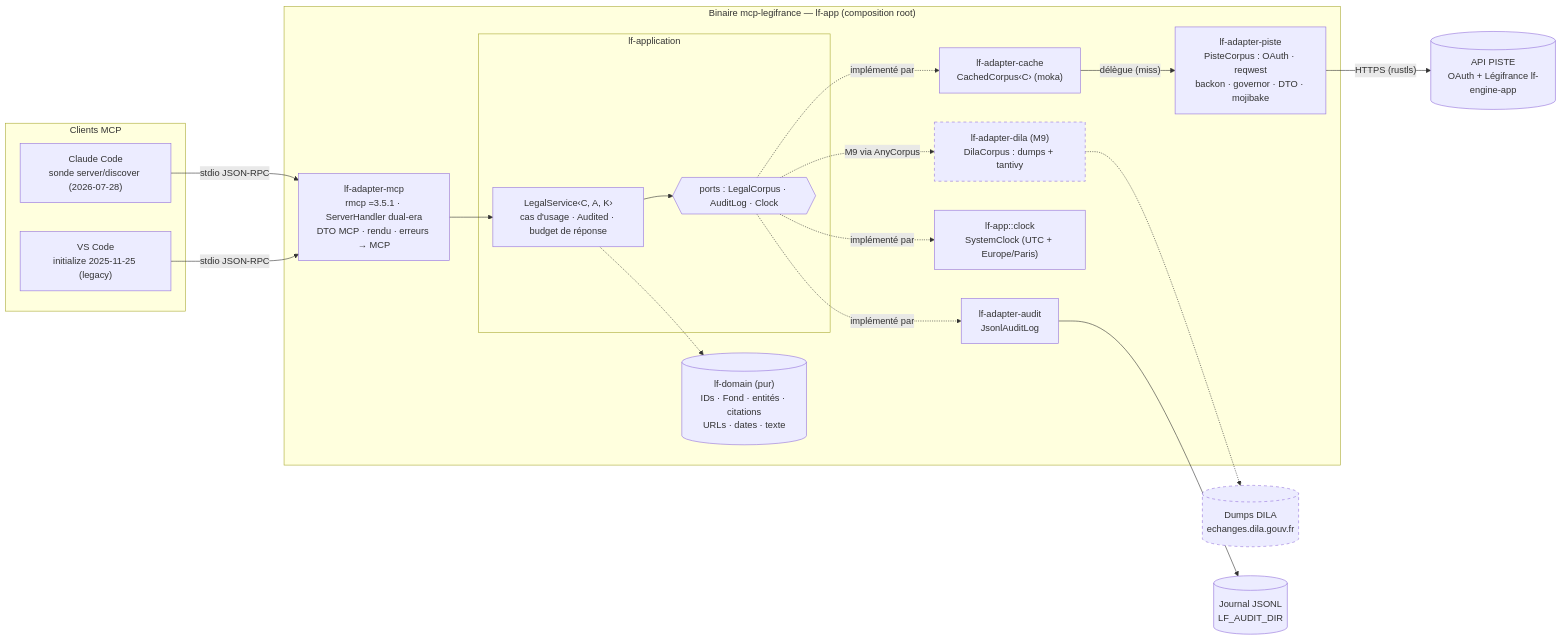
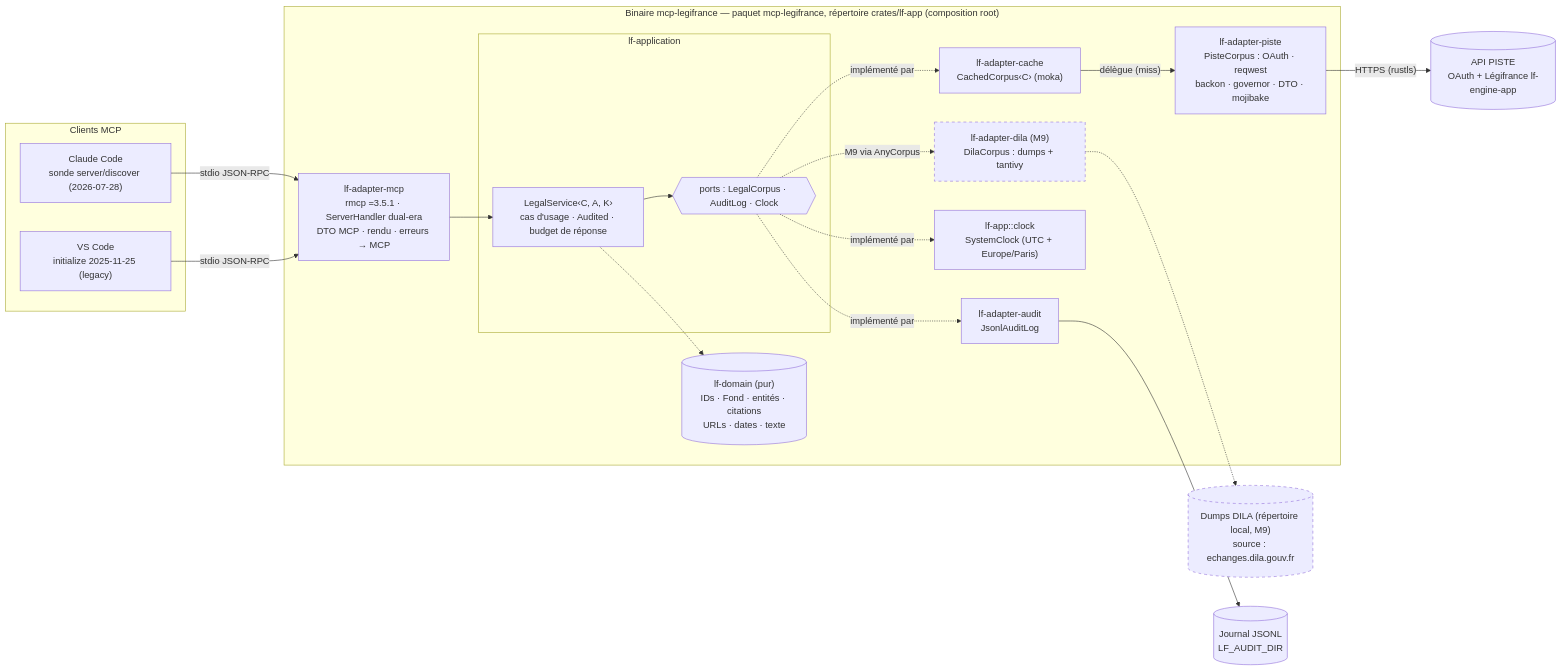
One commit to muchiny/mcp-legifrance changed the first of 3 diagrams in docs/plan/02-architecture.md. Above: the diagram before and after it, drawn with Mermaid. The commit also changed other lines of this file and 29 other files, not shown here.

````diff
--- a/docs/plan/02-architecture.md
+++ b/docs/plan/02-architecture.md
@@ -37,42 +39,42 @@
 ```mermaid
 flowchart LR
   subgraph clients["Clients MCP"]
     CC["Claude Code<br/>sonde server/discover (2026-07-28)"]
     VS["VS Code<br/>initialize 2025-11-25 (legacy)"]
   end
 
-  subgraph bin["Binaire mcp-legifrance — lf-app (composition root)"]
+  subgraph bin["Binaire mcp-legifrance — paquet mcp-legifrance, répertoire crates/lf-app (composition root)"]
     MCP["lf-adapter-mcp<br/>rmcp =3.5.1 · ServerHandler dual-era<br/>DTO MCP · rendu · erreurs → MCP"]
     subgraph appl["lf-application"]
       SVC["LegalService‹C, A, K›<br/>cas d'usage · Audited · budget de réponse"]
       PORTS{{"ports : LegalCorpus · AuditLog · Clock"}}
     end
     DOM[("lf-domain (pur)<br/>IDs · Fond · entités · citations<br/>URLs · dates · texte")]
     CACHE["lf-adapter-cache<br/>CachedCorpus‹C› (moka)"]
     PISTE["lf-adapter-piste<br/>PisteCorpus : OAuth · reqwest<br/>backon · governor · DTO · mojibake"]
     AUDIT["lf-adapter-audit<br/>JsonlAuditLog"]
     CLK["lf-app::clock<br/>SystemClock (UTC + Europe/Paris)"]
     DILA["lf-adapter-dila (M9)<br/>DilaCorpus : dumps + tantivy"]
   end
 
   API[("API PISTE<br/>OAuth + Légifrance lf-engine-app")]
-  DUMPS[("Dumps DILA<br/>echanges.dila.gouv.fr")]
+  DUMPS[("Dumps DILA (répertoire local, M9)<br/>source : echanges.dila.gouv.fr")]
   FS[("Journal JSONL<br/>LF_AUDIT_DIR")]
 
   CC -- "stdio JSON-RPC" --> MCP
   VS -- "stdio JSON-RPC" --> MCP
   MCP --> SVC
   SVC --> PORTS
   SVC -.-> DOM
   PORTS -. "implémenté par" .-> CACHE
   CACHE -- "délègue (miss)" --> PISTE
   PORTS -. "implémenté par" .-> AUDIT
   PORTS -. "implémenté par" .-> CLK
   PORTS -. "M9 via AnyCorpus" .-> DILA
   PISTE -- "HTTPS (rustls)" --> API
   AUDIT --> FS
   DILA -.-> DUMPS
 
   classDef m9 stroke-dasharray: 5 5
   class DILA,DUMPS m9
 ```
````
